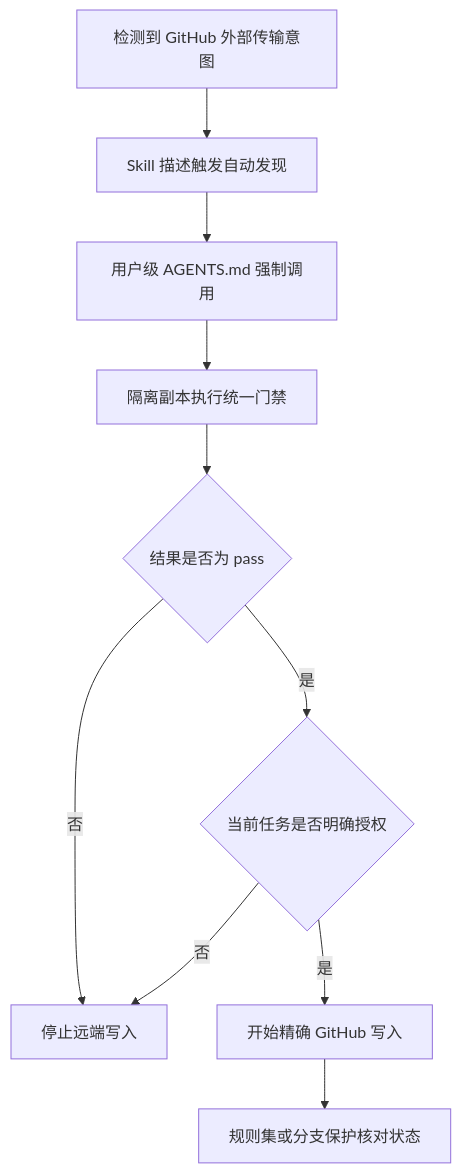
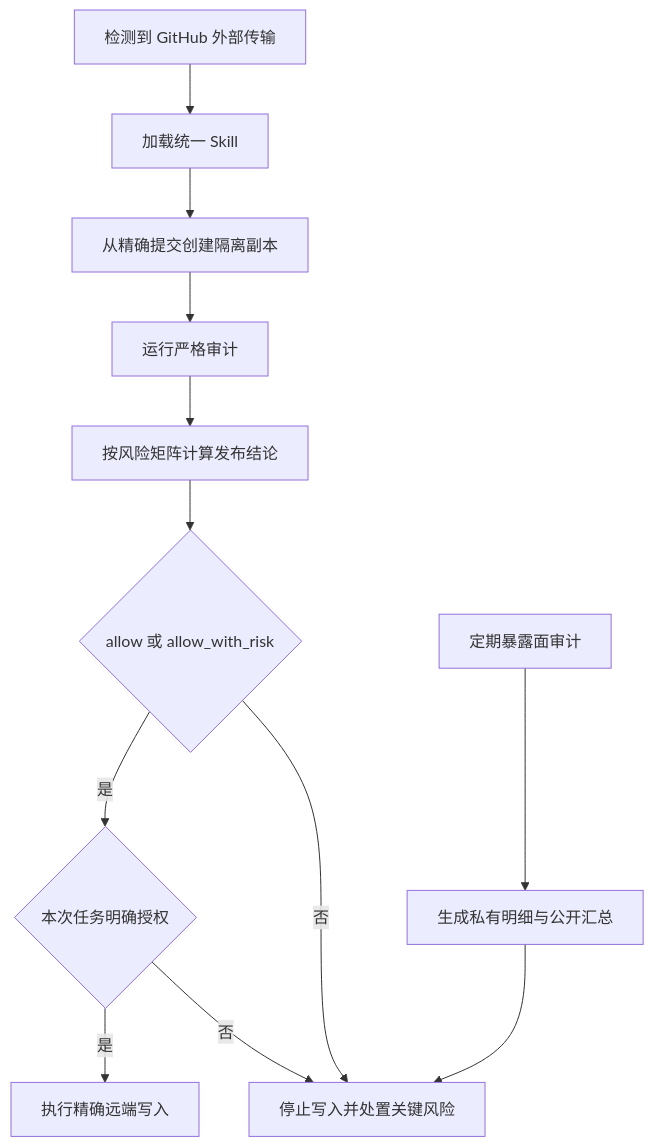
The diagram in README.md (AIALRA-0/agent-github-safe-publish), drawn with Mermaid before and after one commit. The commit also changed other lines of this file and 28 other files, not shown here.

Commit message:
release: GitHub Safe Publish v1.0.0 (#3)

````diff
--- a/README.md
+++ b/README.md
@@ -104,13 +52,15 @@
 ```mermaid
-%% 三层规则把自动发现、用户级强制调用和远端拒绝连接起来
+%% 两类检查共享策略，但只有精确发布检查能够给出发布结论
 flowchart TD
-    A[检测到 GitHub 外部传输意图] --> B[Skill 描述触发自动发现]
-    B --> C[用户级 AGENTS.md 强制调用]
-    C --> D[隔离副本执行统一门禁]
-    D --> E{结果是否为 pass}
-    E -->|否| F[停止远端写入]
-    E -->|是| G{当前任务是否明确授权}
+    A[检测到 GitHub 外部传输] --> B[加载统一 Skill]
+    B --> C[从精确提交创建隔离副本]
+    C --> D[运行严格审计]
+    D --> E[按风险矩阵计算发布结论]
+    E --> K{allow 或 allow_with_risk}
+    K -->|否| F[停止写入并处置关键风险]
+    K -->|是| G{本次任务明确授权}
     G -->|否| F
-    G -->|是| H[开始精确 GitHub 写入]
-    H --> I[规则集或分支保护核对状态]
+    G -->|是| H[执行精确远端写入]
+    I[定期暴露面审计] --> J[生成私有明细与公开汇总]
+    J --> F
 ```
````
